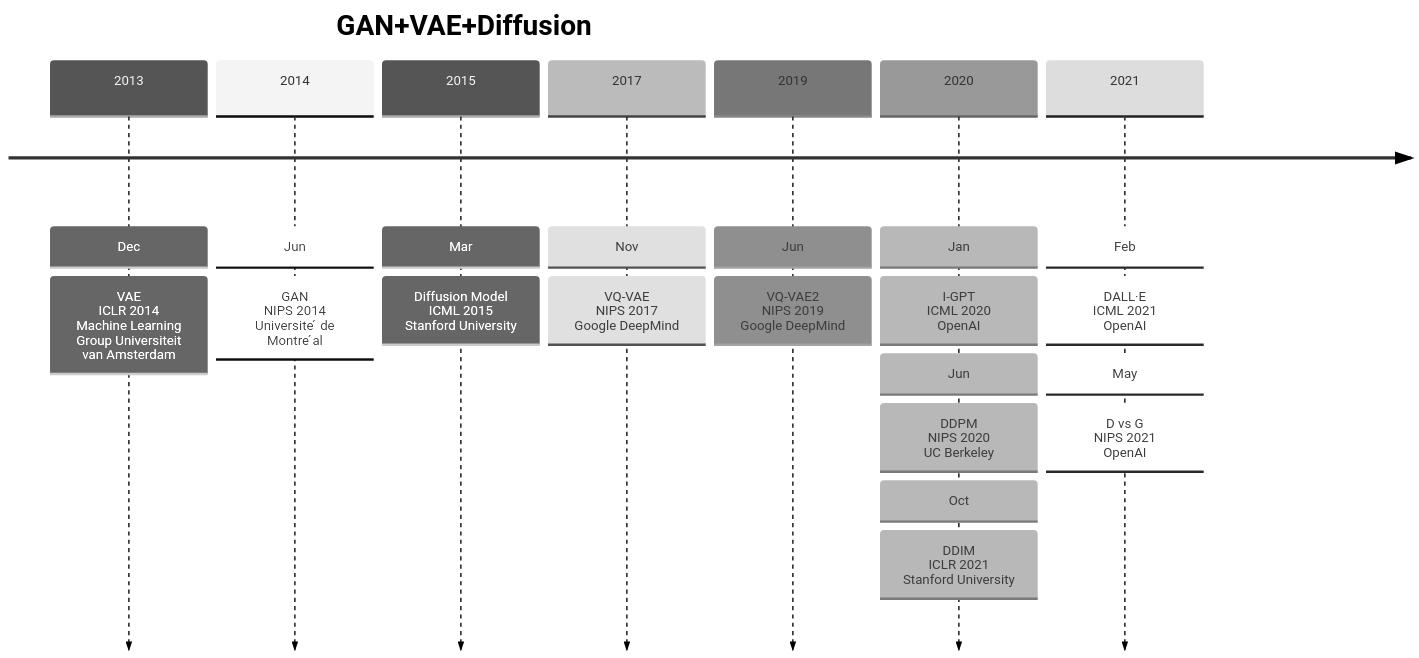
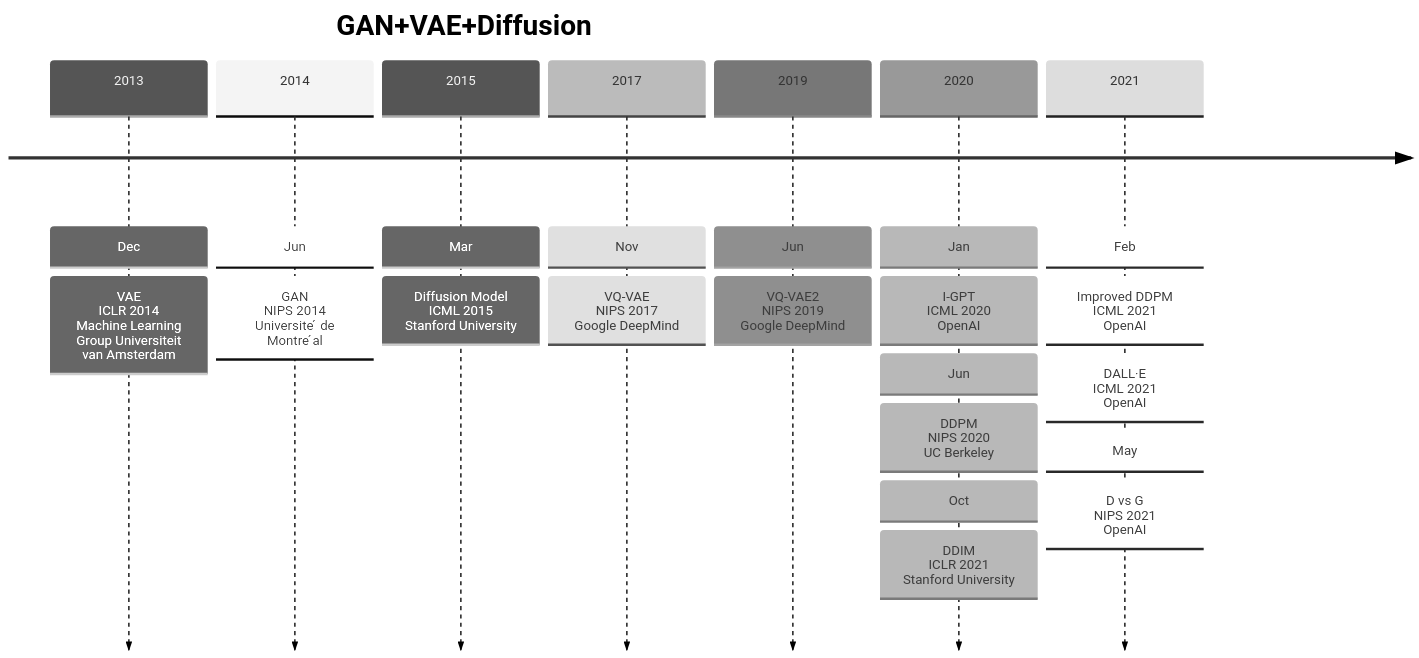
One commit to Elephant-King9/Paper changed the first of 5 diagrams in Base_Model/GAN+VAE+Diffusion/analyse.md. Above: the diagram before and after it, drawn with Mermaid (neutral theme). The commit also changed other lines of this file and 2 other files, not shown here.

Commit message:
update_Improved Denoising Diffusion Probabilistic Models

````diff
--- a/Base_Model/GAN+VAE+Diffusion/analyse.md
+++ b/Base_Model/GAN+VAE+Diffusion/analyse.md
@@ -5,25 +5,26 @@
 ```mermaid
 timeline
     title GAN+VAE+Diffusion
     2013 : Dec
     		 : VAE<br>ICLR 2014<br>Machine Learning Group Universiteit van Amsterdam
 
     2014 : Jun
     		 : GAN<br>NIPS 2014<br>Universite ́ de Montre ́al
     2015 : Mar
          : Diffusion Model<br>ICML 2015<br>Stanford University
     2017 : Nov
     		 : VQ-VAE<br>NIPS 2017<br>Google DeepMind
     2019 : Jun
     		 : VQ-VAE2<br>NIPS 2019<br>Google DeepMind
     2020 : Jan
     		 : I-GPT<br>ICML 2020<br>OpenAI
     		 : Jun
     		 : DDPM<br>NIPS 2020<br>UC Berkeley
     		 : Oct
     		 : DDIM<br>ICLR 2021<br>Stanford University
     2021 : Feb
+    		 : Improved DDPM<br>ICML 2021<br>OpenAI
     		 : DALL·E<br>ICML 2021<br>OpenAI
     		 : May
     		 : D vs G<br>NIPS 2021<br>OpenAI
 ```
````
